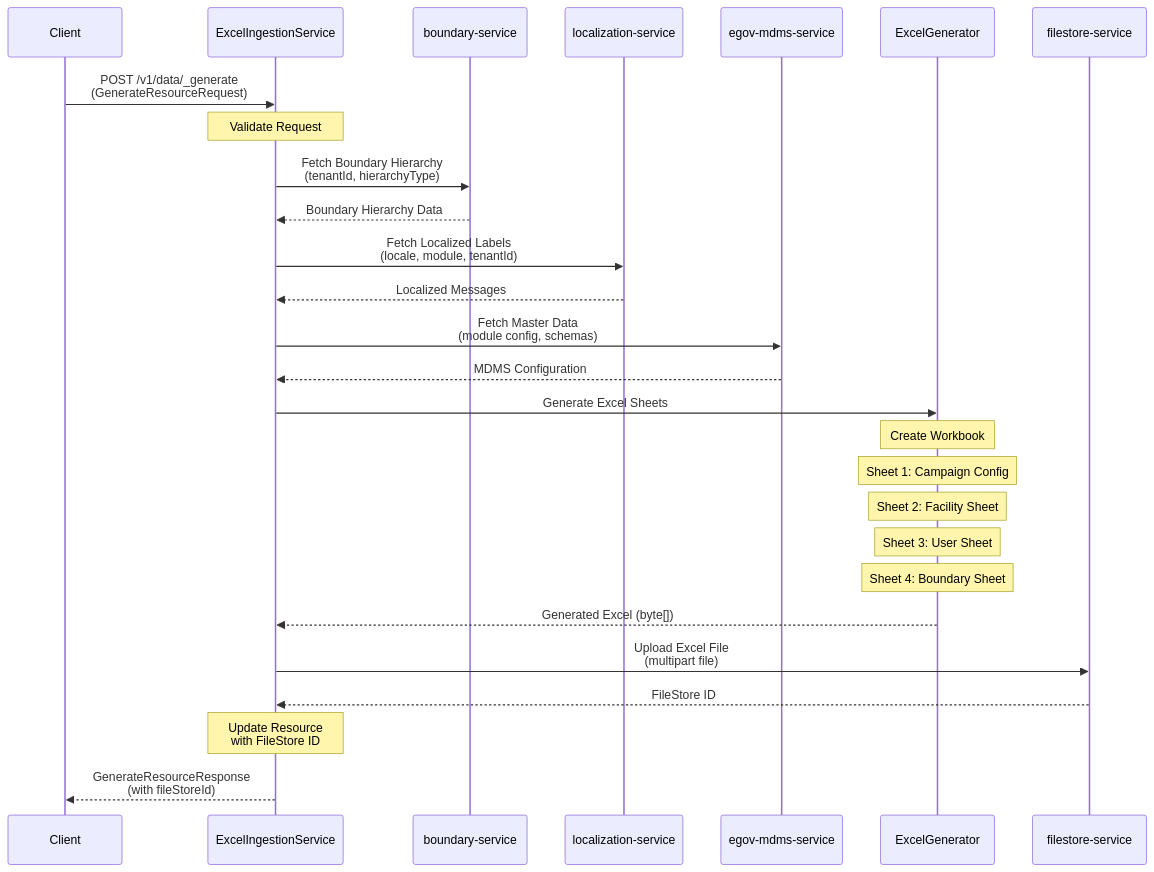
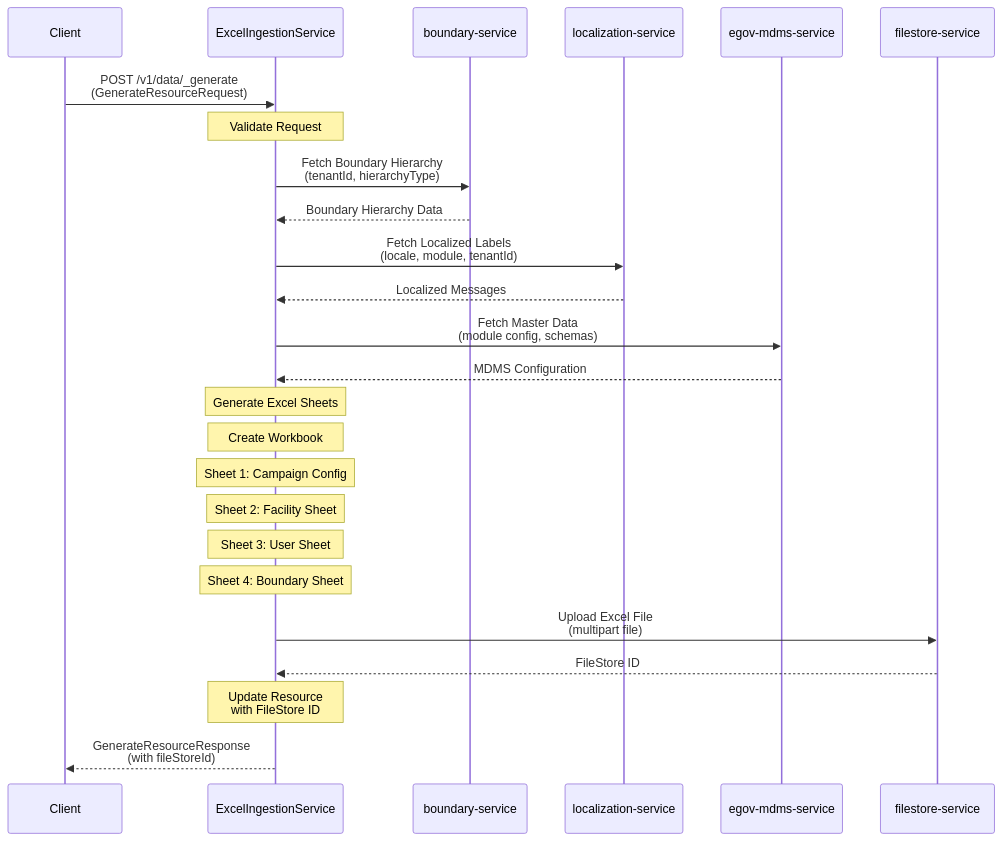
One commit to egovernments/health-campaign-services changed the diagram in health-services/excel-ingestion/README.md. Above: the diagram before and after it, drawn with Mermaid. The commit also changed 1 other file, not shown here.

Commit message:
Readme change

````diff
--- a/health-services/excel-ingestion/README.md
+++ b/health-services/excel-ingestion/README.md
@@ -8,40 +8,36 @@
 ```mermaid
 sequenceDiagram
     participant Client
     participant ExcelIngestionService
     participant boundary-service
     participant localization-service
     participant egov-mdms-service
-    participant ExcelGenerator
     participant filestore-service
     
     Client->>ExcelIngestionService: POST /v1/data/_generate<br/>(GenerateResourceRequest)
     
     Note over ExcelIngestionService: Validate Request
     
     ExcelIngestionService->>boundary-service: Fetch Boundary Hierarchy<br/>(tenantId, hierarchyType)
     boundary-service-->>ExcelIngestionService: Boundary Hierarchy Data
     
     ExcelIngestionService->>localization-service: Fetch Localized Labels<br/>(locale, module, tenantId)
     localization-service-->>ExcelIngestionService: Localized Messages
     
     ExcelIngestionService->>egov-mdms-service: Fetch Master Data<br/>(module config, schemas)
     egov-mdms-service-->>ExcelIngestionService: MDMS Configuration
     
-    ExcelIngestionService->>ExcelGenerator: Generate Excel Sheets
-    
-    Note over ExcelGenerator: Create Workbook
-    Note over ExcelGenerator: Sheet 1: Campaign Config
-    Note over ExcelGenerator: Sheet 2: Facility Sheet
-    Note over ExcelGenerator: Sheet 3: User Sheet
-    Note over ExcelGenerator: Sheet 4: Boundary Sheet
-    
-    ExcelGenerator-->>ExcelIngestionService: Generated Excel (byte[])
+    Note over ExcelIngestionService: Generate Excel Sheets
+    Note over ExcelIngestionService: Create Workbook
+    Note over ExcelIngestionService: Sheet 1: Campaign Config
+    Note over ExcelIngestionService: Sheet 2: Facility Sheet
+    Note over ExcelIngestionService: Sheet 3: User Sheet
+    Note over ExcelIngestionService: Sheet 4: Boundary Sheet
     
     ExcelIngestionService->>filestore-service: Upload Excel File<br/>(multipart file)
     filestore-service-->>ExcelIngestionService: FileStore ID
     
     Note over ExcelIngestionService: Update Resource<br/>with FileStore ID
     
     ExcelIngestionService-->>Client: GenerateResourceResponse<br/>(with fileStoreId)
 ```
````
